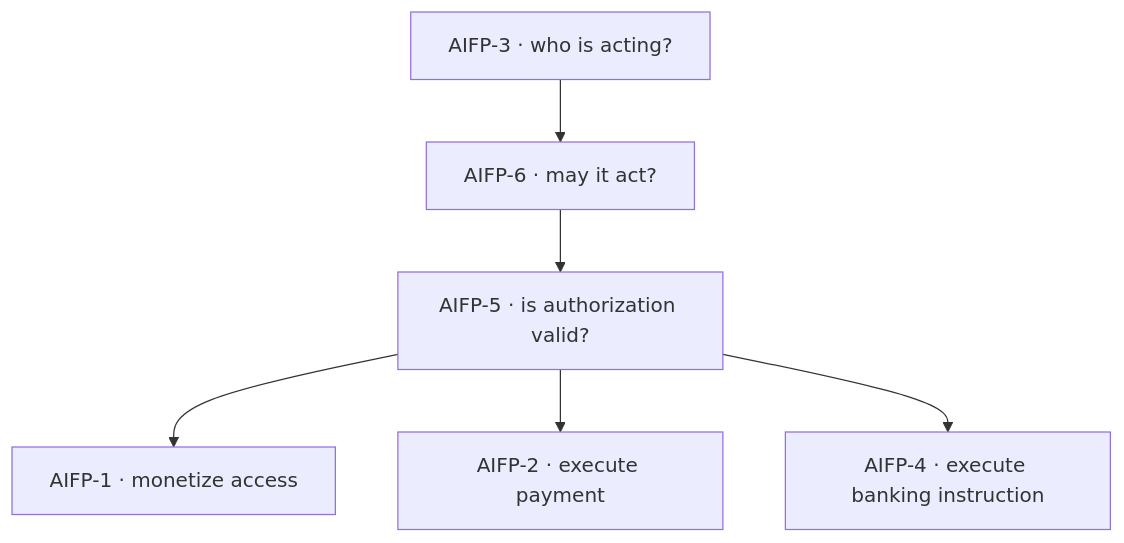
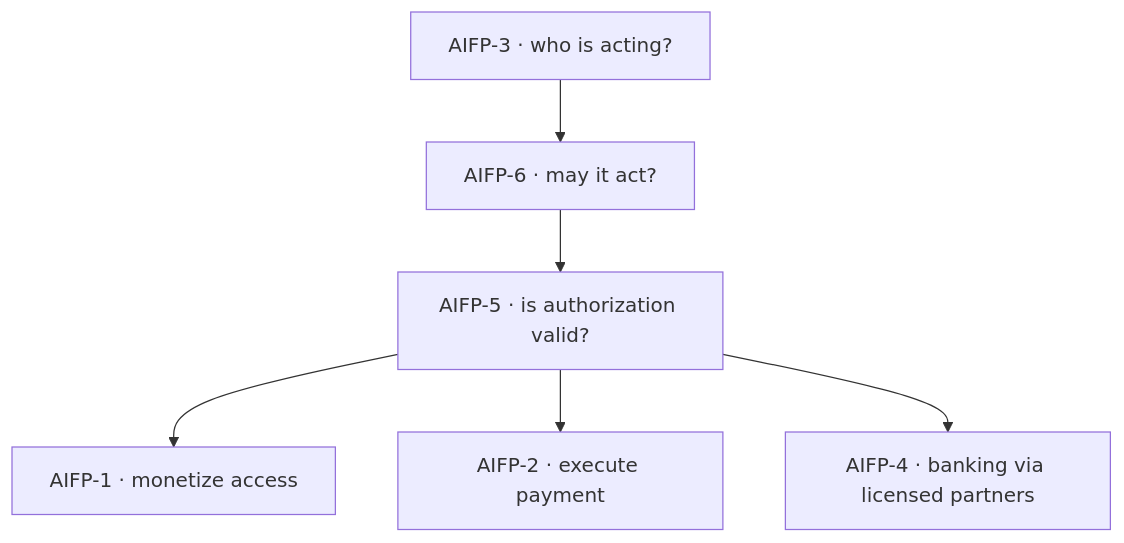
The third of 3 diagrams in README.md (AiFinPay/AIFP-3), drawn with Mermaid before and after one commit. The commit also changed other lines of this file and 4 other files, not shown here.

````diff
--- a/README.md
+++ b/README.md
@@ -118,8 +118,8 @@
 ```mermaid
 flowchart TD
   P3["AIFP-3 · who is acting?"] --> P6["AIFP-6 · may it act?"]
   P6 --> P5["AIFP-5 · is authorization valid?"]
   P5 --> P1["AIFP-1 · monetize access"]
   P5 --> P2["AIFP-2 · execute payment"]
-  P5 --> P4["AIFP-4 · execute banking instruction"]
+  P5 --> P4["AIFP-4 · banking via licensed partners"]
 ```
````
